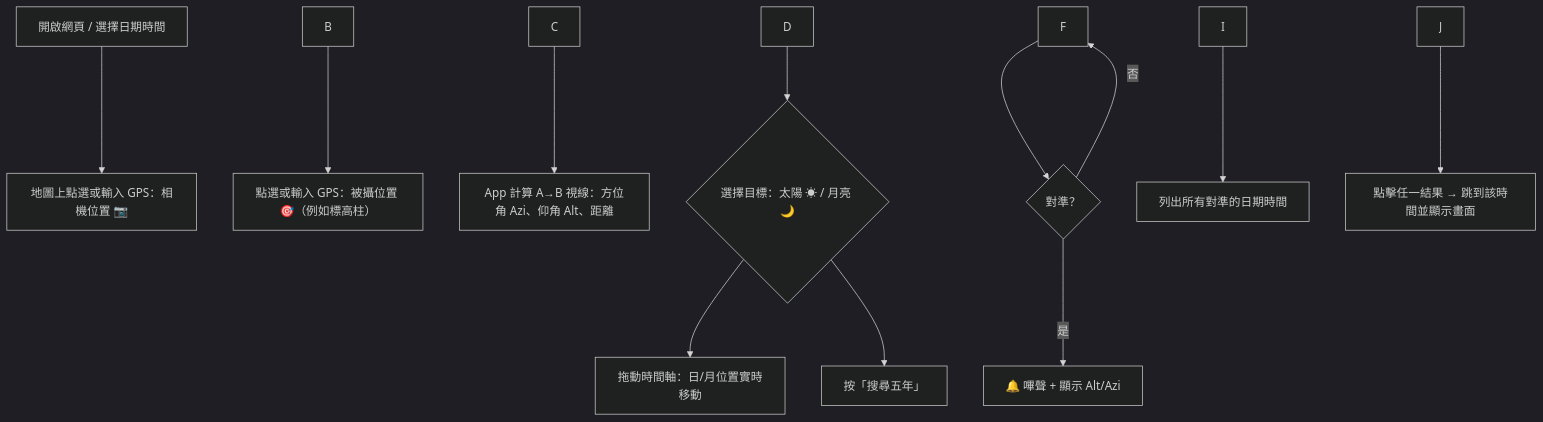
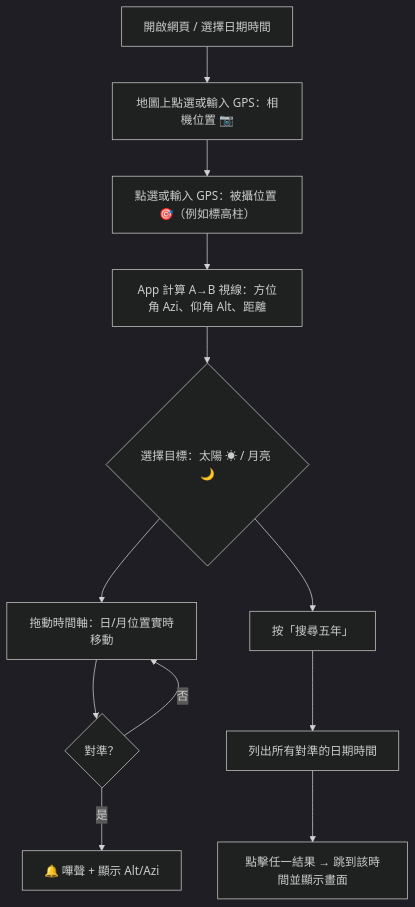
Before and after one commit to inchinet/sun-moon-trail: the first of 2 diagrams in README.md, drawn with Mermaid (dark theme). The commit also changed other lines of this file, not shown here.

````diff
--- a/README.md
+++ b/README.md
@@ -80,14 +80,14 @@
 ```mermaid
 flowchart TD
-    A\\\["開啟網頁 / 選擇日期時間"] --> B\\\["地圖上點選或輸入 GPS：相機位置 📷"]
-    B --> C\\\["點選或輸入 GPS：被攝位置 🎯（例如標高柱）"]
-    C --> D\\\["App 計算 A→B 視線：方位角 Azi、仰角 Alt、距離"]
+    A["開啟網頁 / 選擇日期時間"] --> B["地圖上點選或輸入 GPS：相機位置 📷"]
+    B --> C["點選或輸入 GPS：被攝位置 🎯（例如標高柱）"]
+    C --> D["App 計算 A→B 視線：方位角 Azi、仰角 Alt、距離"]
     D --> E{"選擇目標：太陽 ☀ / 月亮 🌙"}
-    E --> F\\\["拖動時間軸：日/月位置實時移動"]
+    E --> F["拖動時間軸：日/月位置實時移動"]
     F --> G{"對準？"}
-    G -- "是" --> H\\\["🔔 嗶聲 + 顯示 Alt/Azi"]
+    G -- "是" --> H["🔔 嗶聲 + 顯示 Alt/Azi"]
     G -- "否" --> F
-    E --> I\\\["按「搜尋五年」"]
-    I --> J\\\["列出所有對準的日期時間"]
-    J --> K\\\["點擊任一結果 → 跳到該時間並顯示畫面"]
+    E --> I["按「搜尋五年」"]
+    I --> J["列出所有對準的日期時間"]
+    J --> K["點擊任一結果 → 跳到該時間並顯示畫面"]
 ```
````
